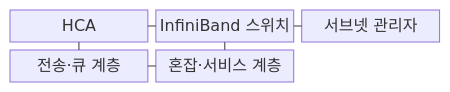
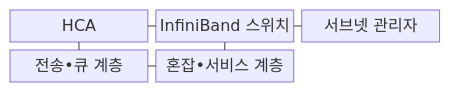
The first of 2 diagrams in src/content/docs/notes/08-latest-tech/151_infiniband.md (agnusdei1207/knowledge-base), drawn with Mermaid before and after one commit. The commit also changed other lines of this file and 953 other files, not shown here.

````diff
--- a/src/content/docs/notes/08-latest-tech/151_infiniband.md
+++ b/src/content/docs/notes/08-latest-tech/151_infiniband.md
@@ -68,14 +68,14 @@
 ```mermaid
 block-beta
     columns 3
     H["HCA"]
     S["InfiniBand 스위치"]
     M["서브넷 관리자"]
-    T["전송·큐 계층"]
-    C["혼잡·서비스 계층"]
+    T["전송•큐 계층"]
+    C["혼잡•서비스 계층"]
     H --- S
     S --- M
     H --- T
     T --- C
     C --- S
 ```
````
